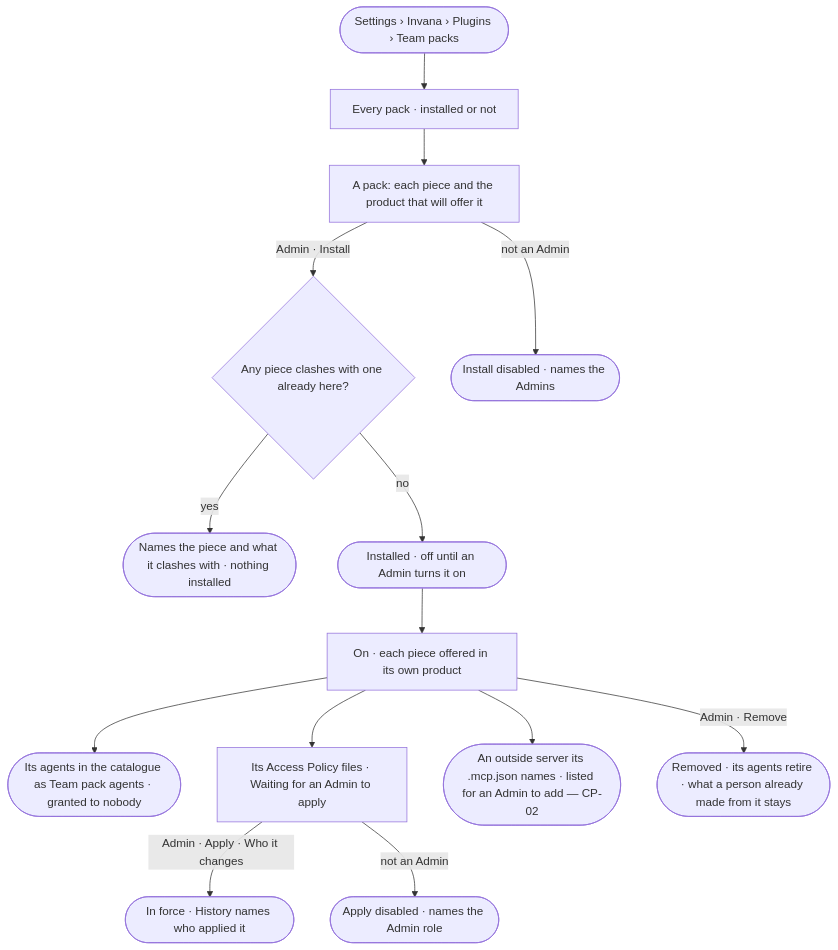
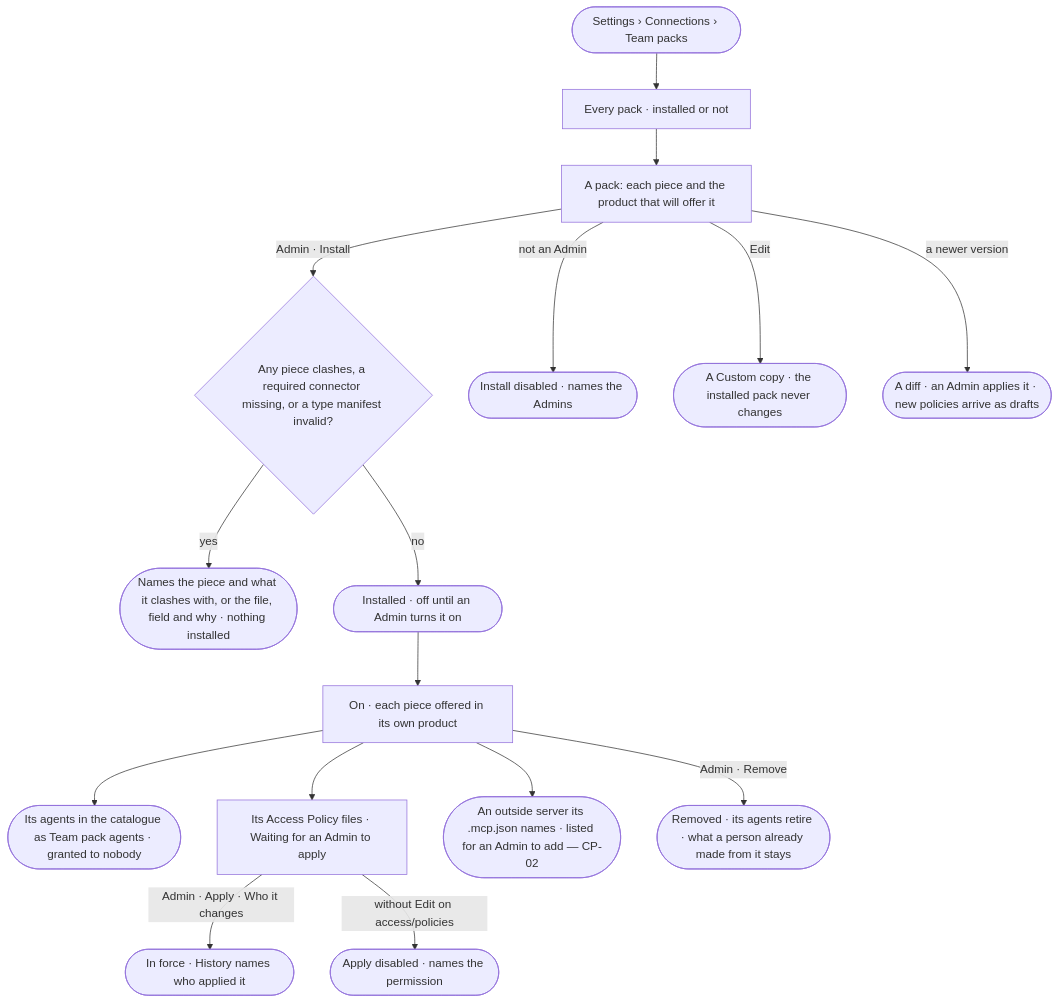
The diagram in specs/os/control/features/CP-F02-plugins-and-outside-tools/stories/CP-20-install-a-team-pack/story.md (invana/invana), drawn with Mermaid before and after one commit. The commit also changed other lines of this file and 456 other files, not shown here.

````diff
--- a/specs/os/control/features/CP-F02-plugins-and-outside-tools/stories/CP-20-install-a-team-pack/story.md
+++ b/specs/os/control/features/CP-F02-plugins-and-outside-tools/stories/CP-20-install-a-team-pack/story.md
@@ -32,16 +30,18 @@
 ```mermaid
 flowchart TD
-  s([Settings › Invana › Plugins › Team packs]) --> l["Every pack · installed or not"]
+  s([Settings › Connections › Team packs]) --> l["Every pack · installed or not"]
   l --> p["A pack: each piece and the product that will offer it"]
-  p -->|Admin · Install| c{"Any piece clashes with one already here?"}
-  c -->|yes| x(["Names the piece and what it clashes with · nothing installed"])
+  p -->|Admin · Install| c{"Any piece clashes, a required connector missing, or a type manifest invalid?"}
+  c -->|yes| x(["Names the piece and what it clashes with, or the file, field and why · nothing installed"])
   c -->|no| i(["Installed · off until an Admin turns it on"])
   i --> on["On · each piece offered in its own product"]
   on --> ag(["Its agents in the catalogue as Team pack agents · granted to nobody"])
   on --> pol["Its Access Policy files · Waiting for an Admin to apply"]
   pol -->|Admin · Apply · Who it changes| ap(["In force · History names who applied it"])
-  pol -->|not an Admin| pd(["Apply disabled · names the Admin role"])
+  pol -->|without Edit on access/policies| pd(["Apply disabled · names the permission"])
   on --> sv(["An outside server its .mcp.json names · listed for an Admin to add — CP-02"])
   p -->|not an Admin| d(["Install disabled · names the Admins"])
+  p -->|Edit| cu(["A Custom copy · the installed pack never changes"])
+  p -->|a newer version| up(["A diff · an Admin applies it · new policies arrive as drafts"])
   on -->|Admin · Remove| r(["Removed · its agents retire · what a person already made from it stays"])
 ```
````
